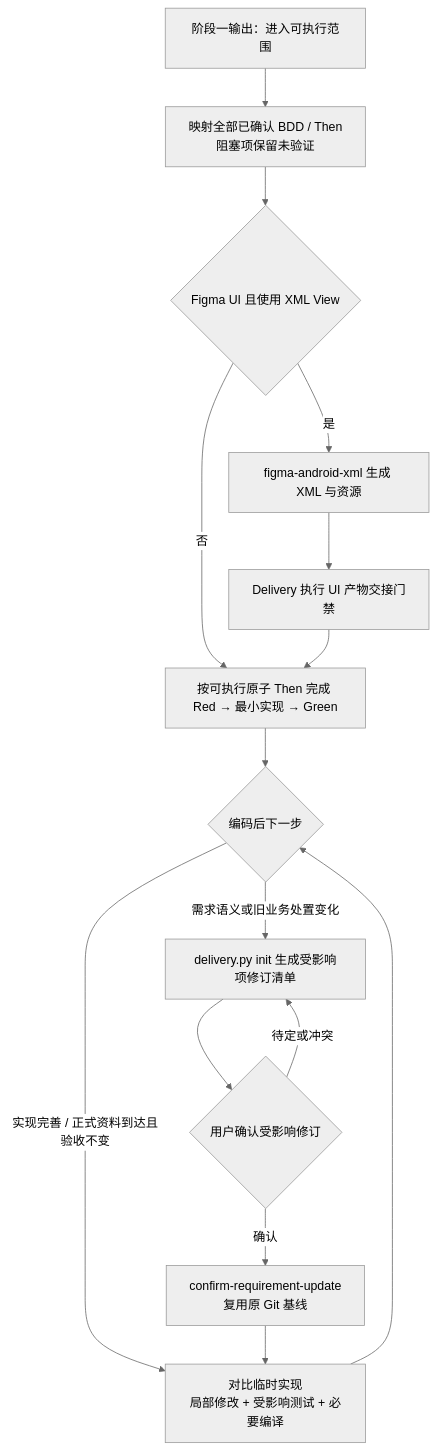
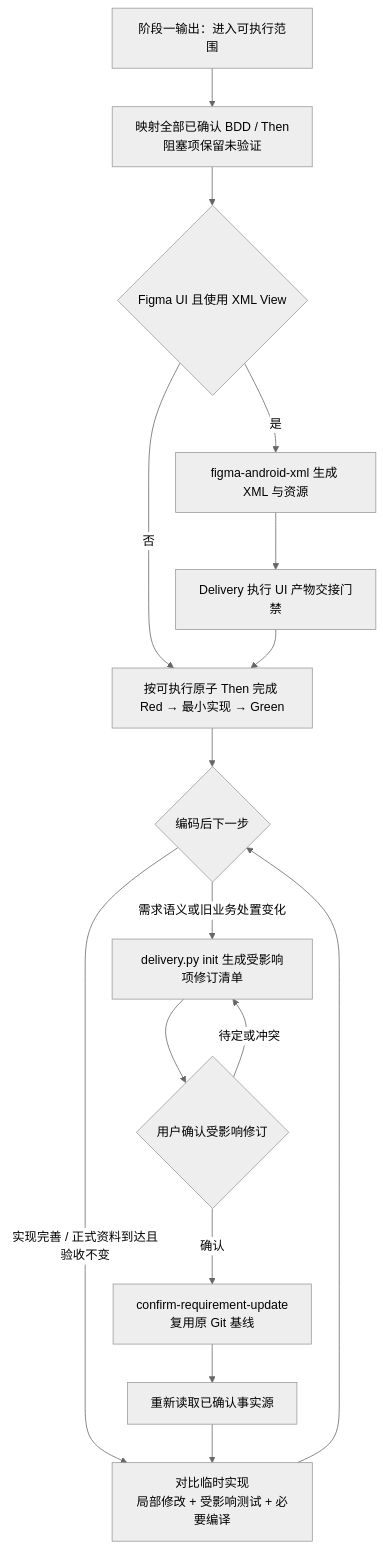
Before and after one commit to yejuntian/android-delivery-skills: the third of 4 diagrams in AI_DELIVERY_WORKFLOW_GUIDELINES.md, drawn with Mermaid (neutral theme). The commit also changed other lines of this file and 7 other files, not shown here.

````diff
--- a/AI_DELIVERY_WORKFLOW_GUIDELINES.md
+++ b/AI_DELIVERY_WORKFLOW_GUIDELINES.md
@@ -206,17 +207,18 @@
 ```mermaid
 flowchart TD
         READY["阶段一输出：进入可执行范围"] --> MAP["映射全部已确认 BDD / Then<br/>阻塞项保留未验证"]
         MAP --> X{"Figma UI 且使用 XML View"}
         X -- "是" --> Y["figma-android-xml 生成 XML 与资源"]
         Y --> Z["Delivery 执行 UI 产物交接门禁"]
         X -- "否" --> I["按可执行原子 Then 完成 Red → 最小实现 → Green"]
         Z --> I
         I --> J{"编码后下一步"}
         J -- "实现完善 / 正式资料到达且验收不变" --> W["对比临时实现<br/>局部修改 + 受影响测试 + 必要编译"]
         W --> J
         J -- "需求语义或旧业务处置变化" --> K["delivery.py init 生成受影响项修订清单"]
         K --> K1{"用户确认受影响修订"}
         K1 -- "待定或冲突" --> K
         K1 -- "确认" --> K2["confirm-requirement-update<br/>复用原 Git 基线"]
-        K2 --> W
+        K2 --> K3["重新读取已确认事实源"]
+        K3 --> W
 ```
````
